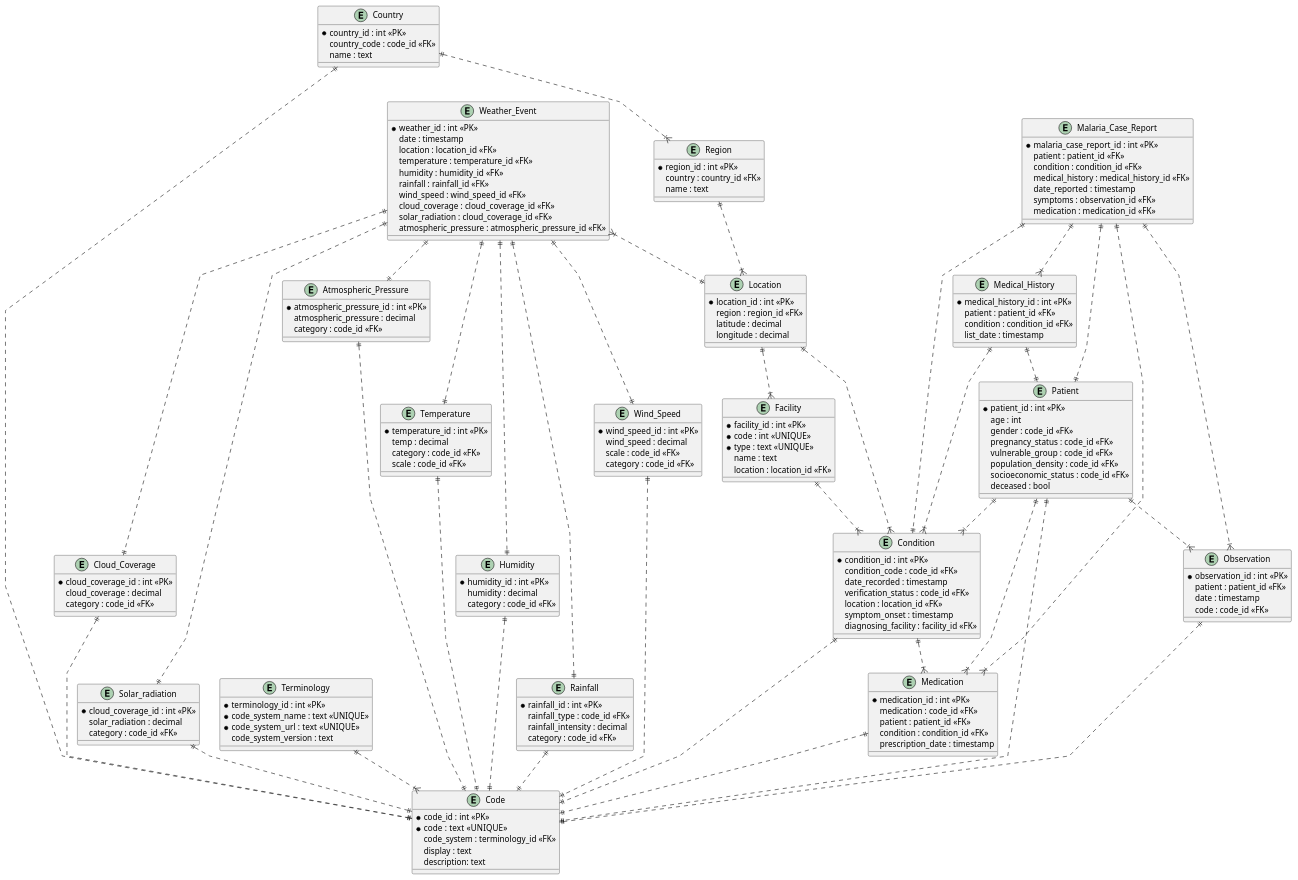
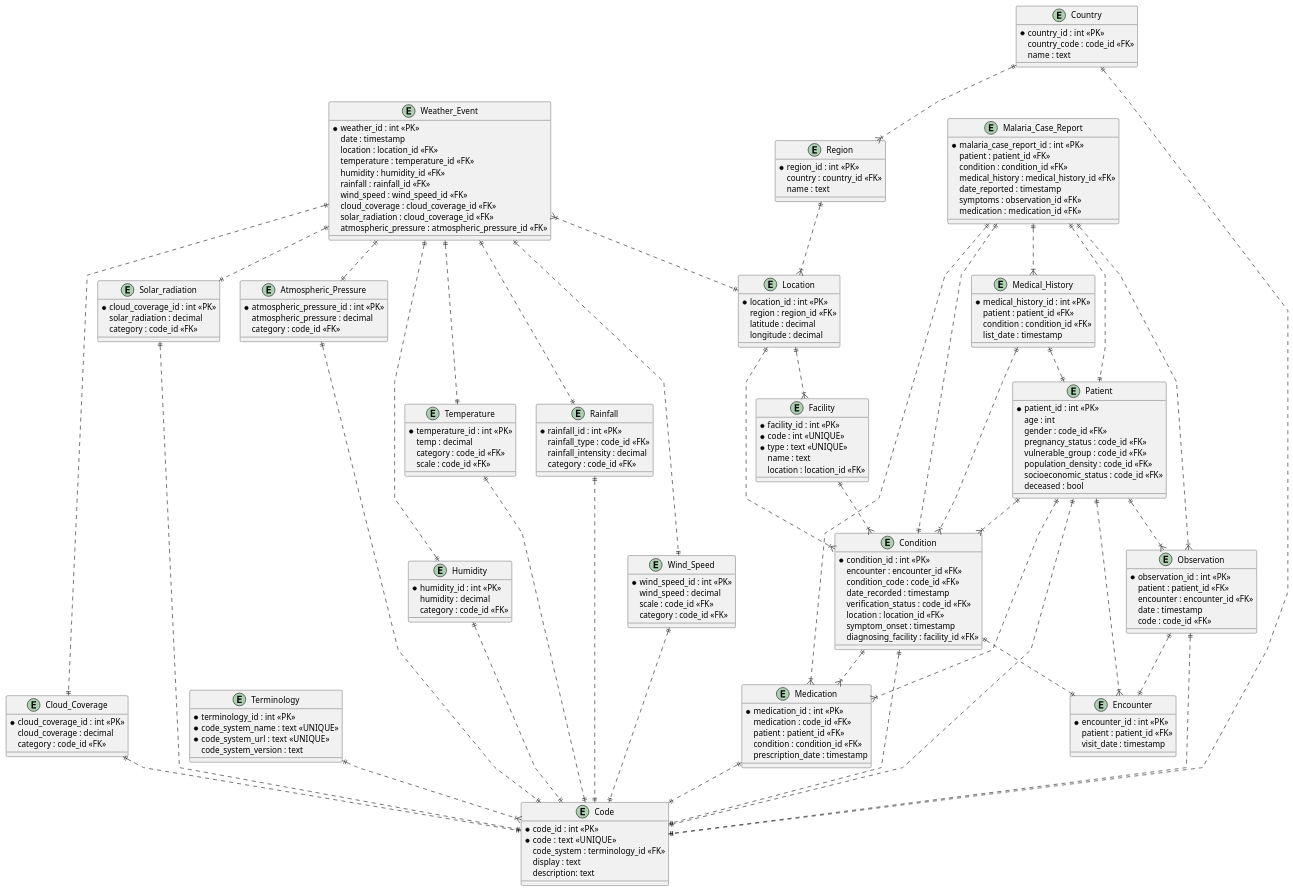
The diagram in One Health ERD.plantuml (rmrlangford/One-Health), drawn with PlantUML before and after one commit.

Commit message:
Update One Health ERD.plantuml

```diff
--- a/One Health ERD.plantuml
+++ b/One Health ERD.plantuml
@@ -53,6 +53,7 @@
 
 entity "Condition" as e08 {
     *condition_id : int <<PK>>
+    encounter : encounter_id <<FK>>
     condition_code : code_id <<FK>>
     date_recorded : timestamp
     verification_status : code_id <<FK>>
@@ -138,6 +139,7 @@
 entity "Observation" as e28 {
     *observation_id : int <<PK>>
     patient : patient_id <<FK>>
+    encounter : encounter_id <<FK>>
     date : timestamp
     code : code_id <<FK>>
 }
@@ -155,6 +157,12 @@
     patient : patient_id <<FK>>
     condition : condition_id <<FK>>
     prescription_date : timestamp
+}
+
+entity "Encounter" as e31 {
+    *encounter_id : int <<PK>>
+    patient : patient_id <<FK>>
+    visit_date : timestamp
 }
 
 e01 }|..|| e02
@@ -194,5 +202,8 @@
 e30 ||..|| e14
 e17 ||..|{ e30
 e08 ||..|{ e30
+e17 ||..|{ e31
+e28 ||..|| e31
+e08 ||..|| e31
 
 @enduml
```
